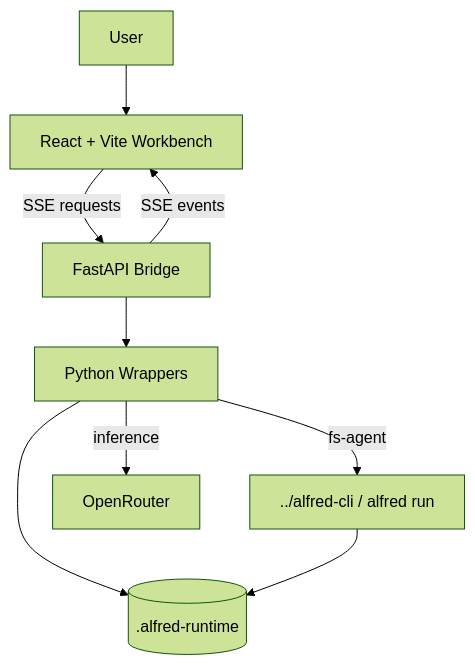
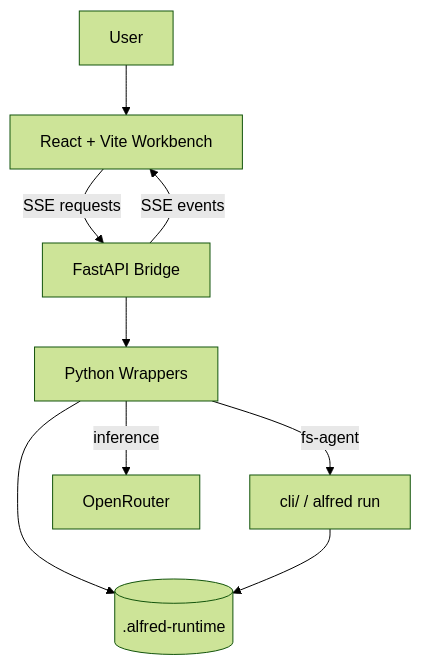
Before and after one commit to AIByJohannes/alfred: the diagram in docs/architecture.md, drawn with Mermaid (forest theme). The commit also changed other lines of this file and 37 other files, not shown here.

````diff
--- a/docs/architecture.md
+++ b/docs/architecture.md
@@ -15,19 +15,19 @@
 ```mermaid
 graph TD
     User[User]
     UI[React + Vite Workbench]
     API[FastAPI Bridge]
     PY[Python Wrappers]
-    CLI[../alfred-cli / alfred run]
+    CLI[cli/ / alfred run]
     FS[(.alfred-runtime)]
     LLM[OpenRouter]
 
     User --> UI
     UI -->|SSE requests| API
     API --> PY
     PY -->|inference| LLM
     PY -->|fs-agent| CLI
     PY --> FS
     CLI --> FS
     API -->|SSE events| UI
 ```
````
